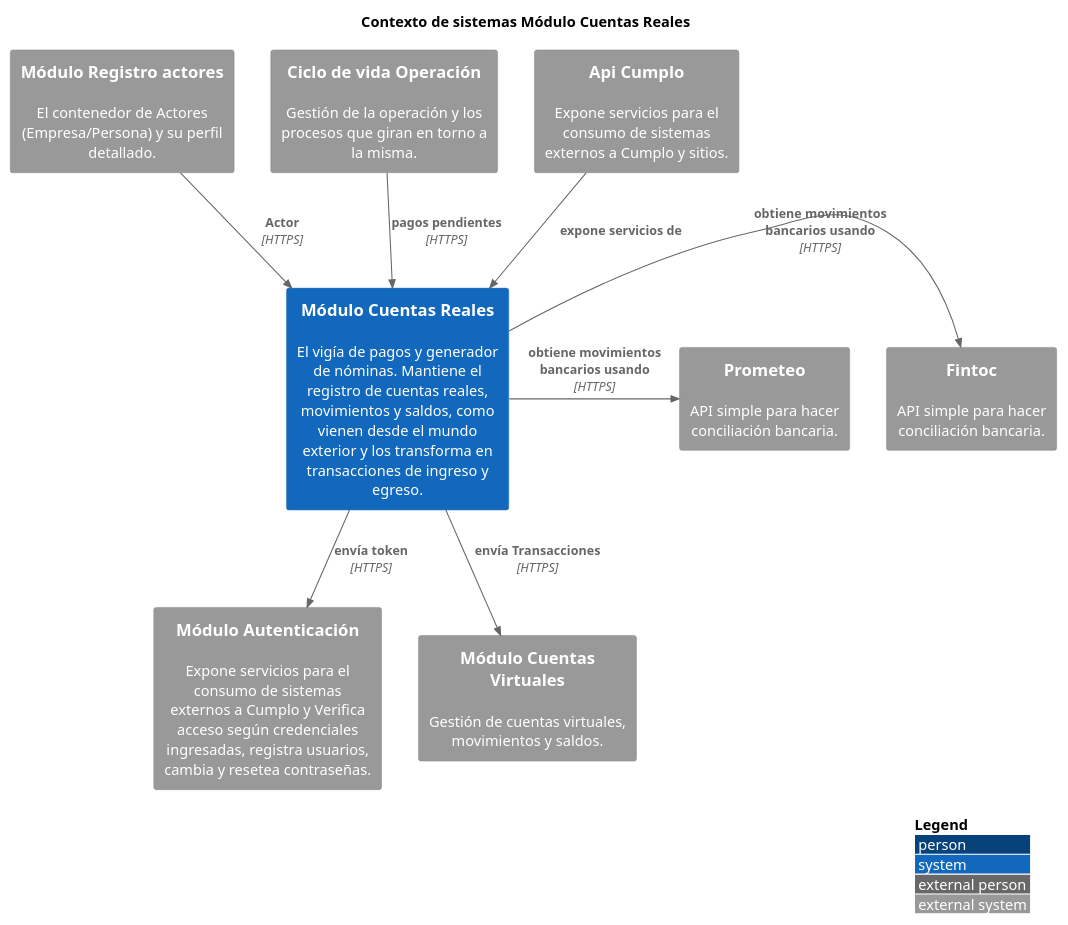
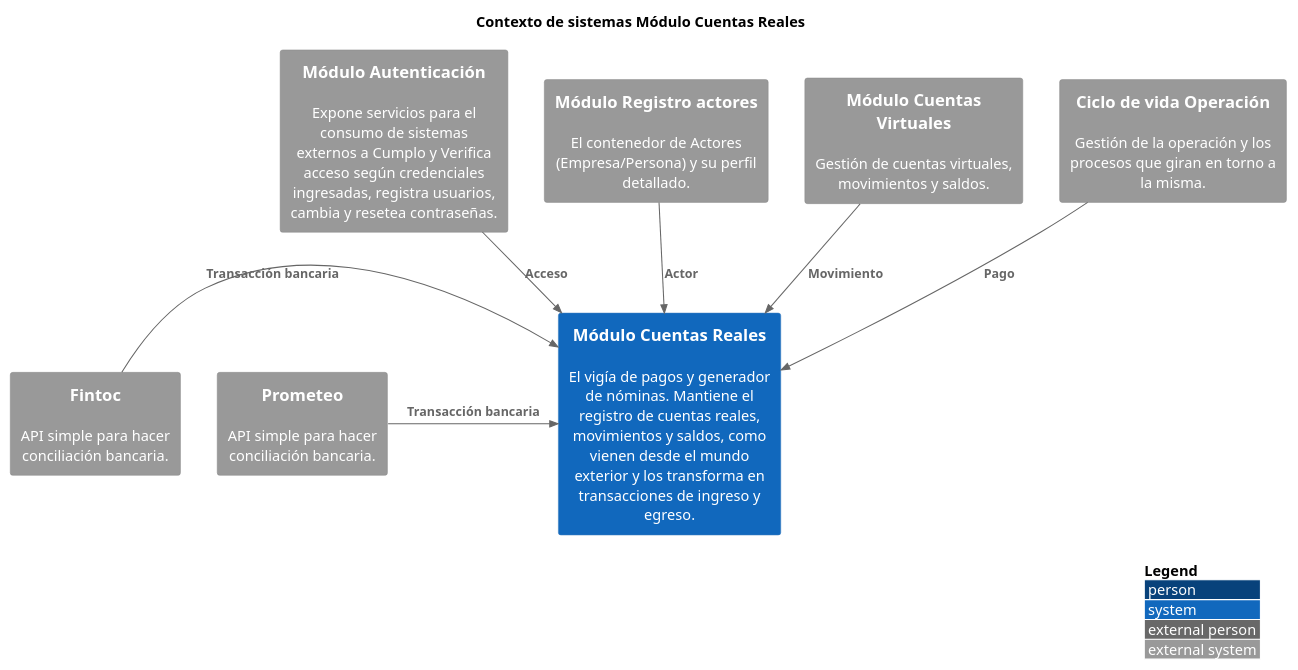
Before and after one commit to kpeet/koyweC4: the diagram in CuentasReales/ContextoCuentasReales.puml, drawn with PlantUML. The commit also changed 1 other file, not shown here.

Commit message:
ajuste modelos de cuentas reales

```diff
--- a/CuentasReales/ContextoCuentasReales.puml
+++ b/CuentasReales/ContextoCuentasReales.puml
@@ -1,39 +1,37 @@
-@startuml
+@startuml ContextoCuentasReales
 !include https://raw.githubusercontent.com/plantuml-stdlib/C4-PlantUML/master/C4_Context.puml
 ' uncomment the following line and comment the first to use locally
 ' !include C4_Context.puml
 
 LAYOUT_WITH_LEGEND()
 
 title Contexto de sistemas Módulo Cuentas Reales
 
 System( modulo_cuentas_reales, "Módulo Cuentas Reales", "El vigía de pagos y generador de nóminas. Mantiene el registro de cuentas reales, movimientos y saldos, como vienen desde el mundo exterior y los transforma en transacciones de ingreso y egreso.")
 
 
 System_Ext(modulo_autenticacion, "Módulo Autenticación", "Expone servicios para el consumo de sistemas externos a Cumplo y Verifica acceso según credenciales ingresadas, registra usuarios, cambia y resetea contraseñas.")
 System_Ext(modulo_registro_actores, "Módulo Registro actores", "El contenedor de Actores (Empresa/Persona) y su perfil detallado.")
 System_Ext(modulo_cuentas_virtuales, "Módulo Cuentas Virtuales", "Gestión de cuentas virtuales, movimientos y saldos.")
 System_Ext(modulo_operaciones, "Ciclo de vida Operación", "Gestión de la operación y los procesos que giran en torno a la misma.")
-System_Ext(modulo_api_cumplo, "Api Cumplo", "Expone servicios para el consumo de sistemas externos a Cumplo y sitios.")
 
 System_Ext(fintoc, "Fintoc", "API simple para hacer conciliación bancaria.")
 System_Ext(prometeo, "Prometeo", "API simple para hacer conciliación bancaria.")
 
 
 
 'Relaciones sistema/módulos
 
-Rel(modulo_registro_actores, modulo_cuentas_reales, "Actor", "HTTPS")
-Rel(modulo_cuentas_reales, modulo_cuentas_virtuales, "envía Transacciones", "HTTPS")
-Rel(modulo_operaciones, modulo_cuentas_reales, "pagos pendientes", "HTTPS")
-Rel(modulo_cuentas_reales, modulo_autenticacion, "envía token", "HTTPS")
-Rel(modulo_api_cumplo, modulo_cuentas_reales, "expone servicios de")
+Rel(modulo_registro_actores, modulo_cuentas_reales, "Actor")
+Rel(modulo_cuentas_virtuales, modulo_cuentas_reales, "Movimiento")
+Rel(modulo_operaciones, modulo_cuentas_reales, "Pago")
+Rel(modulo_autenticacion, modulo_cuentas_reales, "Acceso")
 
 'Relaciones módulos/sistemas externos
-Rel_R( modulo_cuentas_reales,fintoc, "obtiene movimientos bancarios usando", "HTTPS")
-Rel_R( modulo_cuentas_reales,prometeo, "obtiene movimientos bancarios usando", "HTTPS")
+Rel_R( fintoc, modulo_cuentas_reales, "Transacción bancaria")
+Rel_R( prometeo, modulo_cuentas_reales, "Transacción bancaria")
 
 
 
 
 @enduml
```
